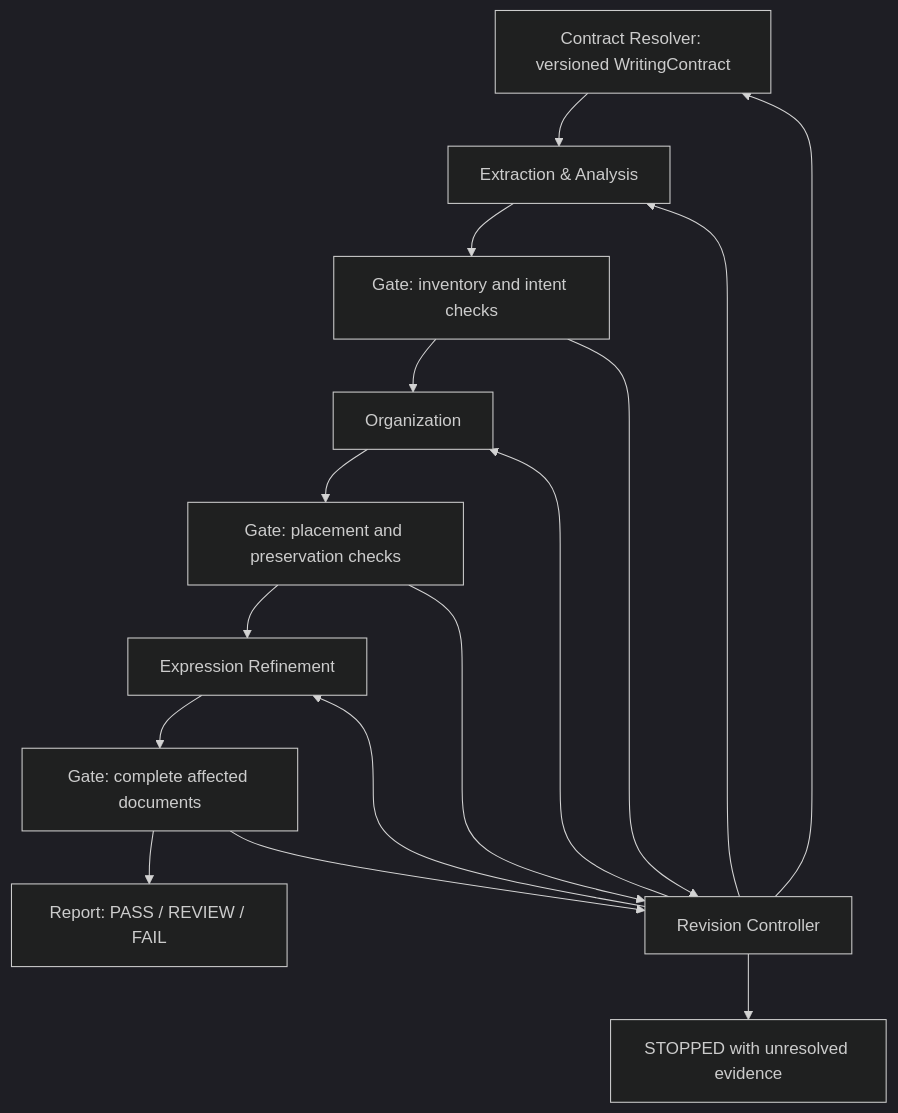
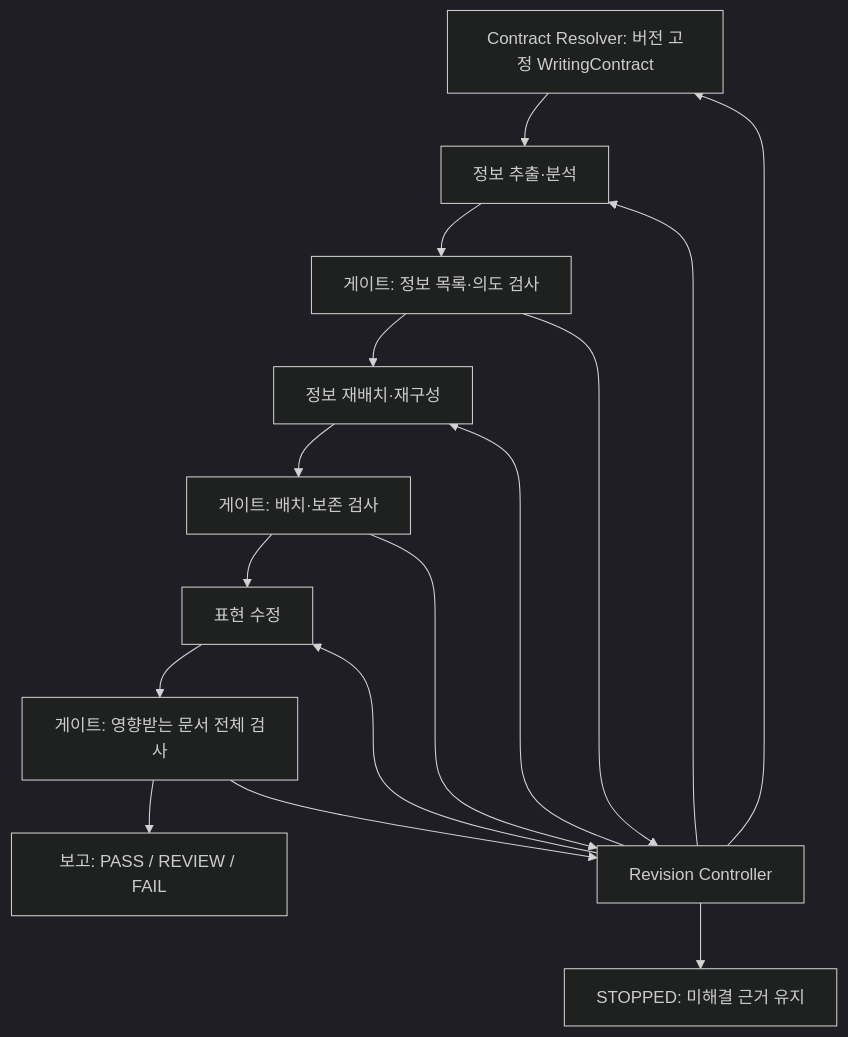
Before and after one commit to nanocode00/LogicWrite: the diagram in docs/data-model-and-interfaces.md, drawn with Mermaid (dark theme). The commit also changed other lines of this file, not shown here.

````diff
--- a/docs/data-model-and-interfaces.md
+++ b/docs/data-model-and-interfaces.md
@@ -204,18 +204,18 @@
 ```mermaid
 flowchart TD
-    C[Contract Resolver: versioned WritingContract] --> A[Extraction & Analysis]
-    A --> GA[Gate: inventory and intent checks]
-    GA --> O[Organization]
-    O --> GO[Gate: placement and preservation checks]
-    GO --> E[Expression Refinement]
-    E --> GF[Gate: complete affected documents]
-    GF --> R[Report: PASS / REVIEW / FAIL]
+    C[Contract Resolver: 버전 고정 WritingContract] --> A[정보 추출·분석]
+    A --> GA[게이트: 정보 목록·의도 검사]
+    GA --> O[정보 재배치·재구성]
+    O --> GO[게이트: 배치·보존 검사]
+    GO --> E[표현 수정]
+    E --> GF[게이트: 영향받는 문서 전체 검사]
+    GF --> R[보고: PASS / REVIEW / FAIL]
     GA --> RC[Revision Controller]
     GO --> RC
     GF --> RC
     RC --> C
     RC --> A
     RC --> O
     RC --> E
-    RC --> S[STOPPED with unresolved evidence]
+    RC --> S[STOPPED: 미해결 근거 유지]
 ```
````
